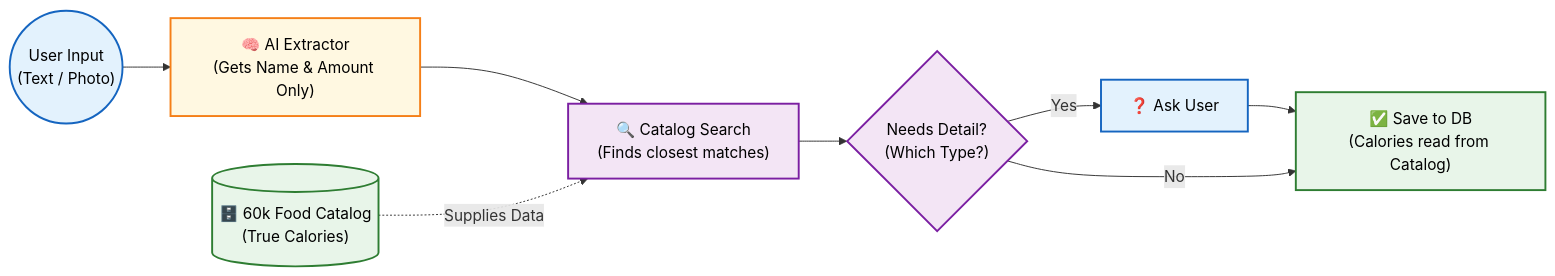
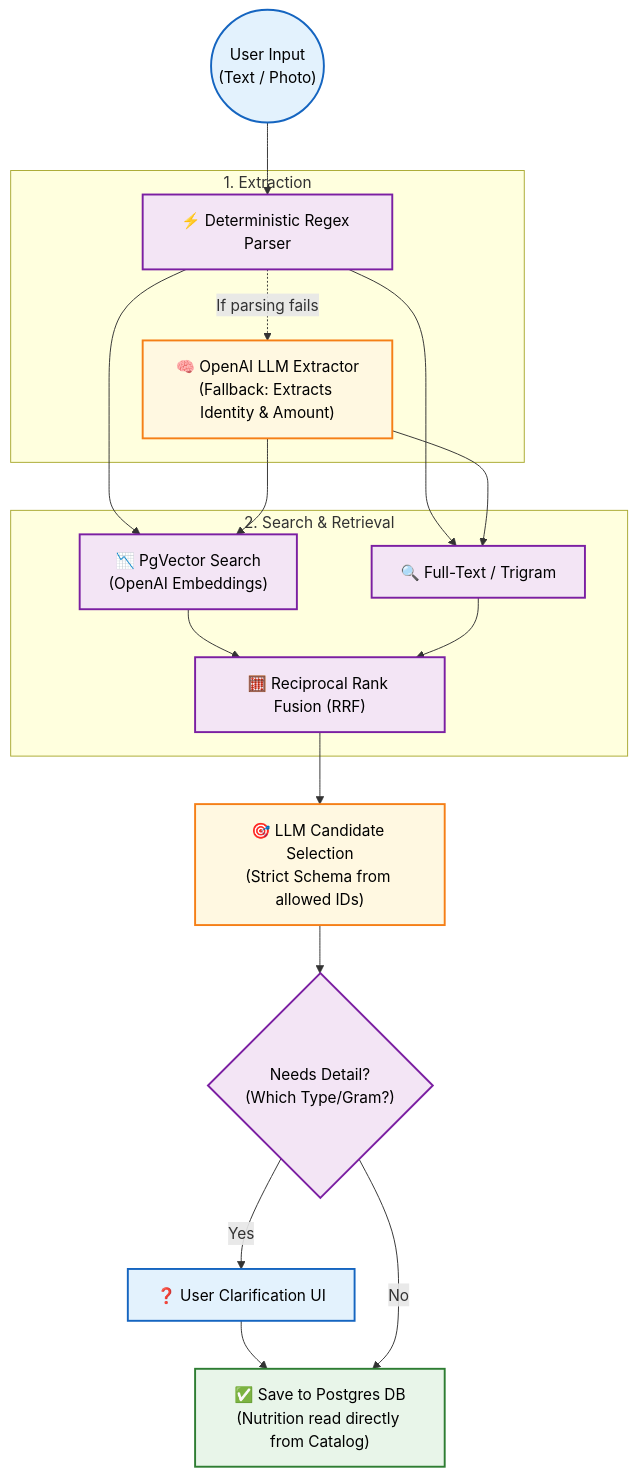
The diagram in docs/ARCHITECTURE_DIAGRAM_SIMPLE.md (recepzgrmh/Meal-Tracker), drawn with Mermaid before and after one commit. The commit also changed other lines of this file, not shown here.

Commit message:
docs: update simplified architecture diagram with technical details

````diff
--- a/docs/ARCHITECTURE_DIAGRAM_SIMPLE.md
+++ b/docs/ARCHITECTURE_DIAGRAM_SIMPLE.md
@@ -5,33 +5,44 @@
 ```mermaid
-flowchart LR
+flowchart TD
     %% --- Colors ---
     classDef user fill:#E3F2FD,stroke:#1565C0,stroke-width:2px,color:#000
     classDef ai fill:#FFF8E1,stroke:#F57F17,stroke-width:2px,color:#000
+    classDef search fill:#F3E5F5,stroke:#7B1FA2,stroke-width:2px,color:#000
     classDef db fill:#E8F5E9,stroke:#2E7D32,stroke-width:2px,color:#000
-    classDef resolve fill:#F3E5F5,stroke:#7B1FA2,stroke-width:2px,color:#000
 
     %% --- Nodes ---
     Input(("User Input\n(Text / Photo)")):::user
     
-    AI["🧠 AI Extractor\n(Gets Name & Amount Only)"]:::ai
+    subgraph Extraction ["1. Extraction"]
+        Regex["⚡ Deterministic Regex Parser"]:::search
+        LLM_Extract["🧠 OpenAI LLM Extractor\n(Fallback: Extracts Identity & Amount)"]:::ai
+    end
     
-    Search["🔍 Catalog Search\n(Finds closest matches)"]:::resolve
+    subgraph Retrieval ["2. Search & Retrieval"]
+        Vector["📉 PgVector Search\n(OpenAI Embeddings)"]:::search
+        FTS["🔍 Full-Text / Trigram"]:::search
+        RRF["🧮 Reciprocal Rank Fusion (RRF)"]:::search
+    end
     
-    Catalog[("🗄️ 60k Food Catalog\n(True Calories)")]:::db
+    Select["🎯 LLM Candidate Selection\n(Strict Schema from allowed IDs)"]:::ai
     
-    Clarify{"Needs Detail?\n(Which Type?)"}:::resolve
+    Clarify{"Needs Detail?\n(Which Type/Gram?)"}:::search
+    AskUser["❓ User Clarification UI"]:::user
     
-    AskUser["❓ Ask User"]:::user
-    
-    Save["✅ Save to DB\n(Calories read from Catalog)"]:::db
+    Save["✅ Save to Postgres DB\n(Nutrition read directly from Catalog)"]:::db
 
     %% --- Edges ---
-    Input --> AI
-    AI --> Search
-    Catalog -. "Supplies Data" .-> Search
-    Search --> Clarify
+    Input --> Regex
+    Regex -. "If parsing fails" .-> LLM_Extract
     
+    Regex --> Vector & FTS
+    LLM_Extract --> Vector & FTS
+    
+    Vector & FTS --> RRF
+    RRF --> Select
+    
+    Select --> Clarify
     Clarify -- "Yes" --> AskUser
     AskUser --> Save
     Clarify -- "No" --> Save
 ```
````
